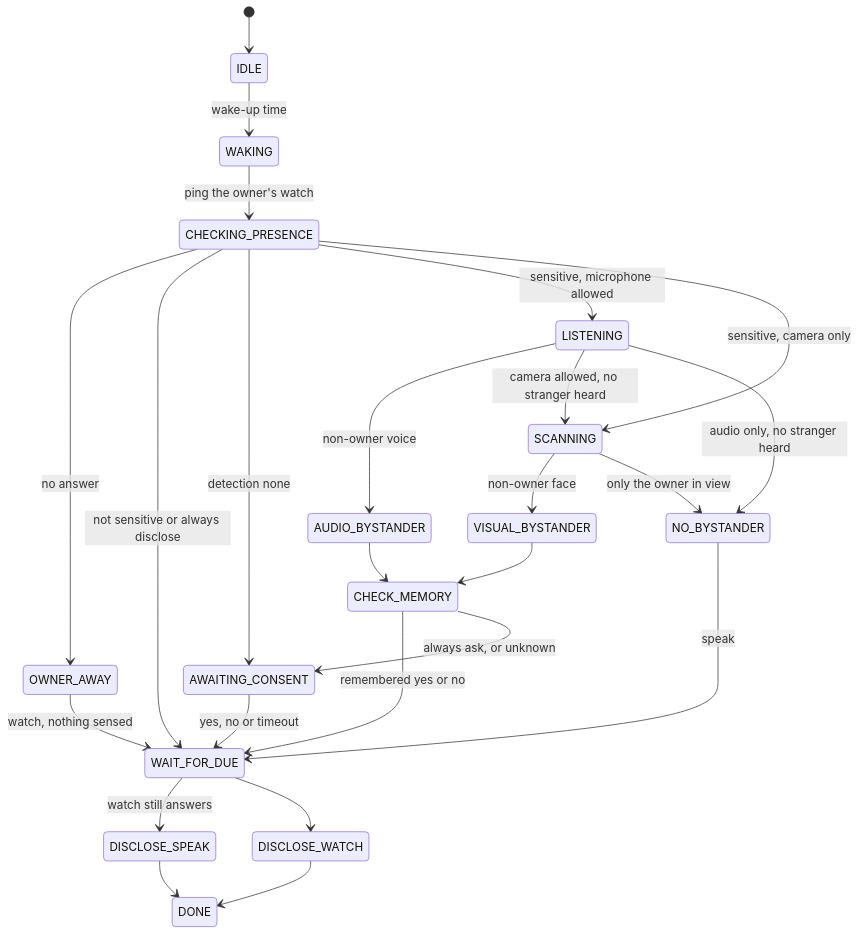
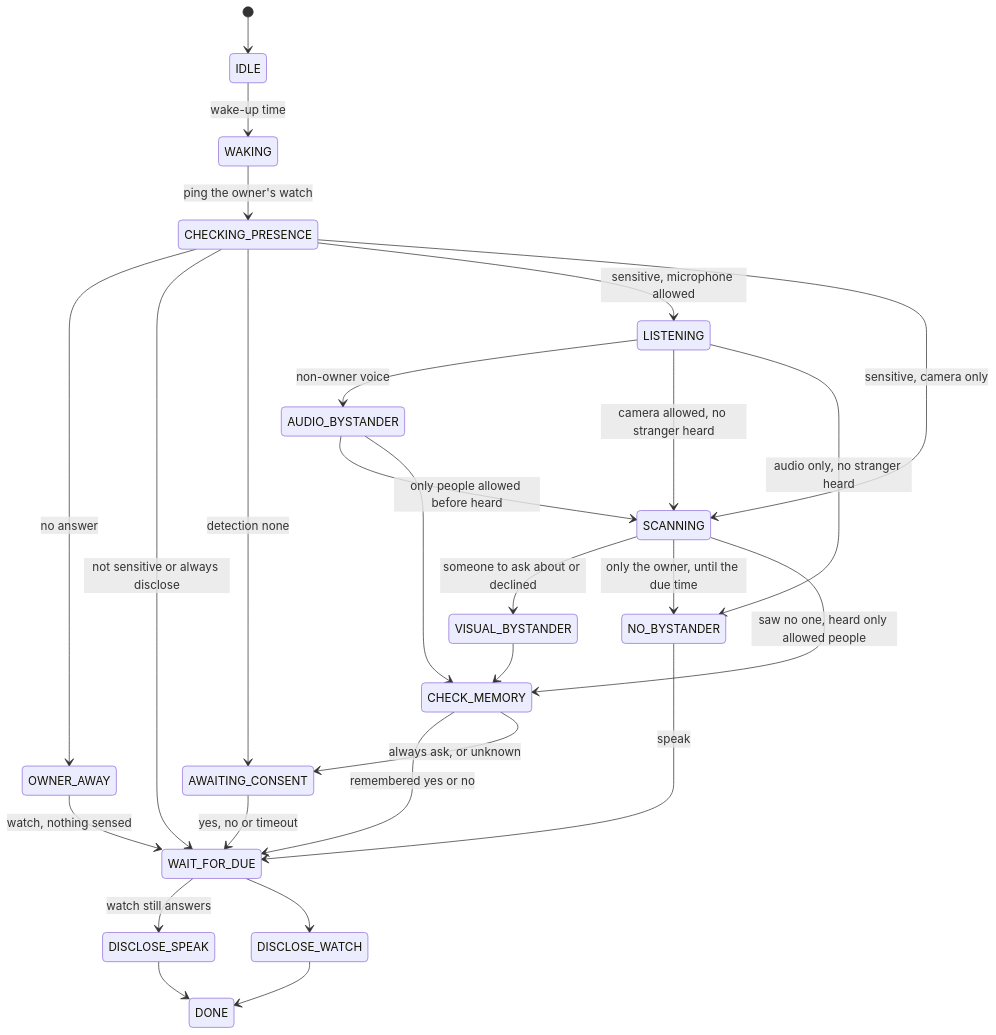
Before and after one commit to Aroosa-Batool/privacy-aware-social-robot: the diagram in website/pages/reference/state-machine.md, drawn with Mermaid. The commit also changed other lines of this file and 34 other files, not shown here.

Commit message:
feat: add hea tilts and update the architecture of the bystanders

````diff
--- a/website/pages/reference/state-machine.md
+++ b/website/pages/reference/state-machine.md
@@ -7,27 +7,29 @@
 ```mermaid
 stateDiagram-v2
     [*] --> IDLE
     IDLE --> WAKING: wake-up time
     WAKING --> CHECKING_PRESENCE: ping the owner's watch
     CHECKING_PRESENCE --> OWNER_AWAY: no answer
     OWNER_AWAY --> WAIT_FOR_DUE: watch, nothing sensed
     CHECKING_PRESENCE --> WAIT_FOR_DUE: not sensitive or always disclose
     CHECKING_PRESENCE --> AWAITING_CONSENT: detection none
     CHECKING_PRESENCE --> LISTENING: sensitive, microphone allowed
     CHECKING_PRESENCE --> SCANNING: sensitive, camera only
     LISTENING --> AUDIO_BYSTANDER: non-owner voice
     LISTENING --> SCANNING: camera allowed, no stranger heard
     LISTENING --> NO_BYSTANDER: audio only, no stranger heard
-    SCANNING --> VISUAL_BYSTANDER: non-owner face
-    SCANNING --> NO_BYSTANDER: only the owner in view
+    AUDIO_BYSTANDER --> SCANNING: only people allowed before heard
+    SCANNING --> VISUAL_BYSTANDER: someone to ask about or declined
+    SCANNING --> NO_BYSTANDER: only the owner, until the due time
+    SCANNING --> CHECK_MEMORY: saw no one, heard only allowed people
     AUDIO_BYSTANDER --> CHECK_MEMORY
     VISUAL_BYSTANDER --> CHECK_MEMORY
     CHECK_MEMORY --> WAIT_FOR_DUE: remembered yes or no
     CHECK_MEMORY --> AWAITING_CONSENT: always ask, or unknown
     AWAITING_CONSENT --> WAIT_FOR_DUE: yes, no or timeout
     NO_BYSTANDER --> WAIT_FOR_DUE: speak
     WAIT_FOR_DUE --> DISCLOSE_SPEAK: watch still answers
     WAIT_FOR_DUE --> DISCLOSE_WATCH
     DISCLOSE_SPEAK --> DONE
     DISCLOSE_WATCH --> DONE
 ```
````
